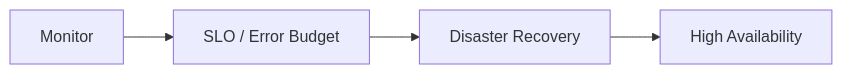
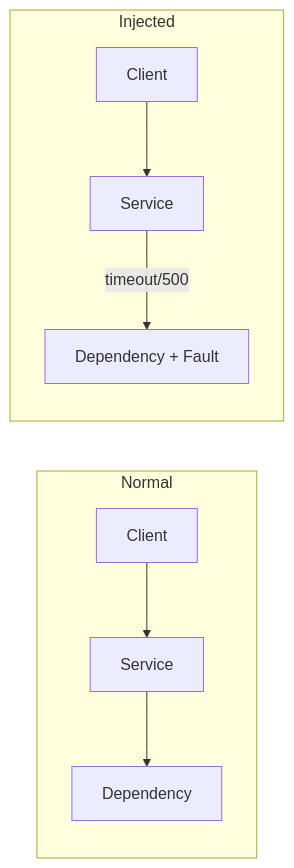
One commit to hareramcse/SystemDesign changed diagram 11 of 11 in 12-reliability-engineering/README.md. Above: the diagram before and after it, drawn with Mermaid. The commit also changed other lines of this file and 15 other files, not shown here.

````diff
--- a/12-reliability-engineering/README.md
+++ b/12-reliability-engineering/README.md
@@ -11,6 +563,11 @@
 ```mermaid
 flowchart LR
-    Monitor[Monitor] --> SLO[SLO / Error Budget]
-    SLO --> DR[Disaster Recovery]
-    DR --> HA[High Availability]
+    subgraph Normal
+        C[Client] --> S[Service]
+        S --> D[Dependency]
+    end
+    subgraph Injected
+        C2[Client] --> S2[Service]
+        S2 -->|timeout/500| D2[Dependency + Fault]
+    end
 ```
````
